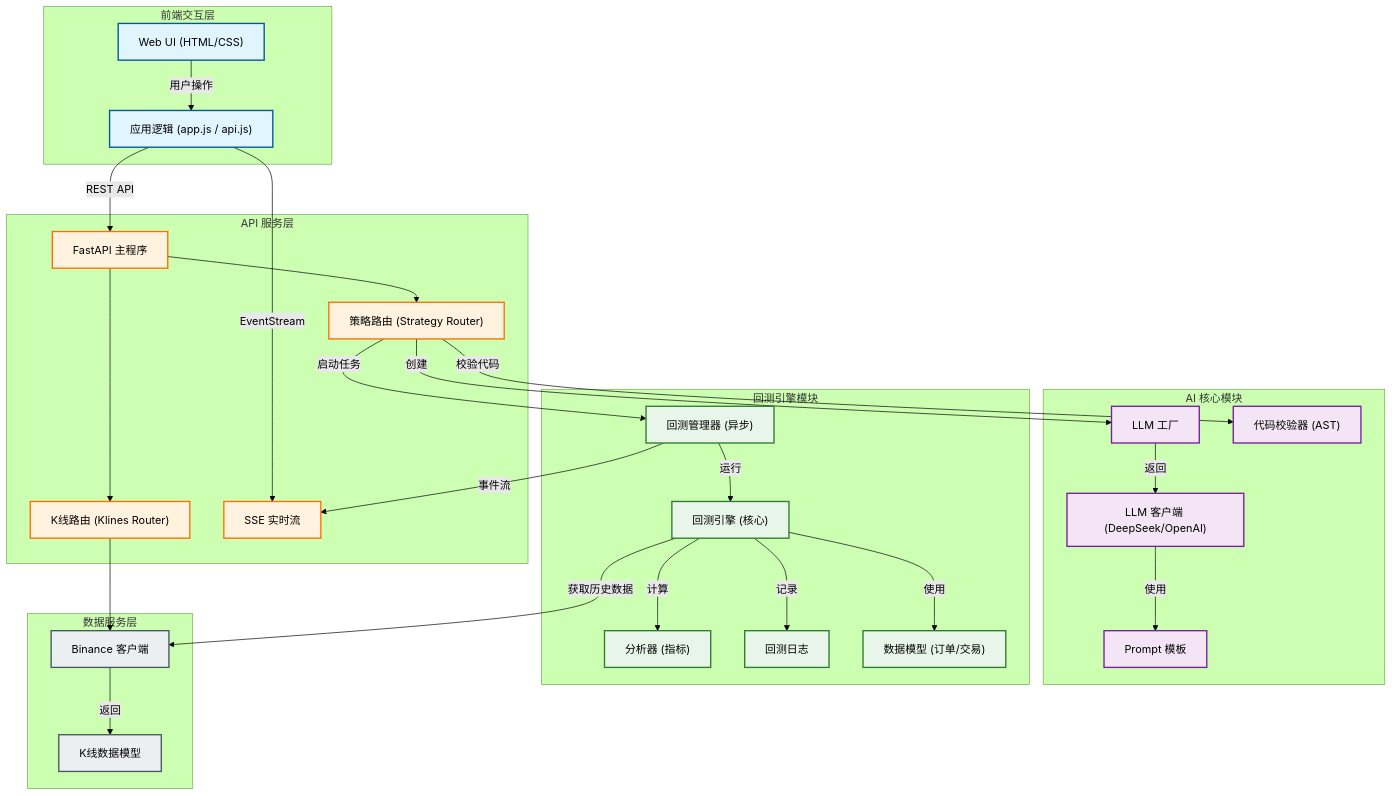
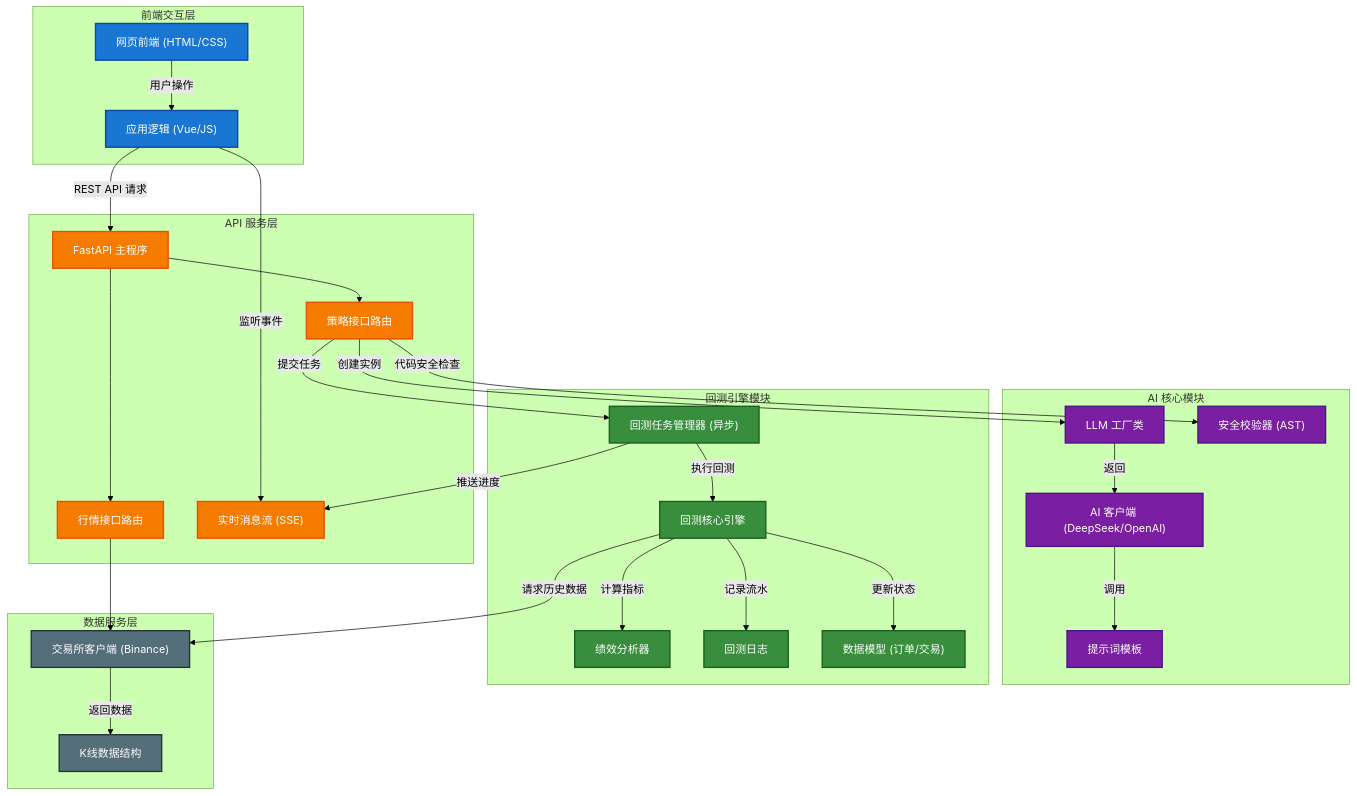
Before and after one commit to ivecoGolden/PyQuantAlpha: the first of 3 diagrams in docs/ARCHITECTURE_DIAGRAM.md, drawn with Mermaid (forest theme). The commit also changed other lines of this file, not shown here.

Commit message:
docs: Update architecture diagram.

````diff
--- a/docs/ARCHITECTURE_DIAGRAM.md
+++ b/docs/ARCHITECTURE_DIAGRAM.md
@@ -7,73 +7,73 @@
 ```mermaid
 graph TD
-    %% 样式定义
-    classDef front fill:#e1f5fe,stroke:#01579b,stroke-width:2px;
-    classDef api fill:#fff3e0,stroke:#ff6f00,stroke-width:2px;
-    classDef ai fill:#f3e5f5,stroke:#7b1fa2,stroke-width:2px;
-    classDef backtest fill:#e8f5e9,stroke:#2e7d32,stroke-width:2px;
-    classDef data fill:#eceff1,stroke:#455a64,stroke-width:2px;
+    %% 样式定义 - 使用高对比度颜色搭配白色文字
+    classDef front fill:#1976D2,stroke:#0D47A1,stroke-width:2px,color:white;
+    classDef api fill:#F57C00,stroke:#E65100,stroke-width:2px,color:white;
+    classDef ai fill:#7B1FA2,stroke:#4A148C,stroke-width:2px,color:white;
+    classDef backtest fill:#388E3C,stroke:#1B5E20,stroke-width:2px,color:white;
+    classDef data fill:#546E7A,stroke:#263238,stroke-width:2px,color:white;
 
     %% 前端层
     subgraph Frontend [前端交互层]
-        UI["Web UI (HTML/CSS)"]:::front
-        JS["应用逻辑 (app.js / api.js)"]:::front
+        UI["网页前端 (HTML/CSS)"]:::front
+        JS["应用逻辑 (Vue/JS)"]:::front
     end
 
     %% API 层
     subgraph API [API 服务层]
         FastAPI["FastAPI 主程序"]:::api
-        Route_Strat["策略路由 (Strategy Router)"]:::api
-        Route_Klines["K线路由 (Klines Router)"]:::api
-        SSE["SSE 实时流"]:::api
+        Route_Strat["策略接口路由"]:::api
+        Route_Klines["行情接口路由"]:::api
+        SSE["实时消息流 (SSE)"]:::api
     end
 
     %% AI 核心
     subgraph AICore [AI 核心模块]
-        Factory["LLM 工厂"]:::ai
-        Client["LLM 客户端 (DeepSeek/OpenAI)"]:::ai
-        Prompt["Prompt 模板"]:::ai
-        Validator["代码校验器 (AST)"]:::ai
+        Factory["LLM 工厂类"]:::ai
+        Client["AI 客户端 (DeepSeek/OpenAI)"]:::ai
+        Prompt["提示词模板"]:::ai
+        Validator["安全校验器 (AST)"]:::ai
     end
 
     %% 回测引擎
     subgraph Backtest [回测引擎模块]
-        Manager["回测管理器 (异步)"]:::backtest
-        Engine["回测引擎 (核心)"]:::backtest
-        Analyzer["分析器 (指标)"]:::backtest
+        Manager["回测任务管理器 (异步)"]:::backtest
+        Engine["回测核心引擎"]:::backtest
+        Analyzer["绩效分析器"]:::backtest
         Logger["回测日志"]:::backtest
         Models["数据模型 (订单/交易)"]:::backtest
     end
 
     %% 数据层
     subgraph Data [数据服务层]
-        Binance["Binance 客户端"]:::data
-        Bar["K线数据模型"]:::data
+        Binance["交易所客户端 (Binance)"]:::data
+        Bar["K线数据结构"]:::data
     end
 
     %% 关系流向
     UI -->|用户操作| JS
-    JS -->|REST API| FastAPI
-    JS -->|EventStream| SSE
+    JS -->|REST API 请求| FastAPI
+    JS -->|监听事件| SSE
 
     FastAPI --> Route_Strat
     FastAPI --> Route_Klines
 
     %% 策略生成流
-    Route_Strat -->|创建| Factory
+    Route_Strat -->|创建实例| Factory
     Factory -->|返回| Client
-    Client -->|使用| Prompt
-    Route_Strat -->|校验代码| Validator
+    Client -->|调用| Prompt
+    Route_Strat -->|代码安全检查| Validator
 
     %% 回测流
-    Route_Strat -->|启动任务| Manager
-    Manager -->|事件流| SSE
-    Manager -->|运行| Engine
-    Engine -->|记录| Logger
-    Engine -->|计算| Analyzer
-    Engine -->|使用| Models
+    Route_Strat -->|提交任务| Manager
+    Manager -->|推送进度| SSE
+    Manager -->|执行回测| Engine
+    Engine -->|记录流水| Logger
+    Engine -->|计算指标| Analyzer
+    Engine -->|更新状态| Models
 
     %% 数据流
     Route_Klines --> Binance
-    Engine -->|获取历史数据| Binance
-    Binance -->|返回| Bar
+    Engine -->|请求历史数据| Binance
+    Binance -->|返回数据| Bar
 ```
````
